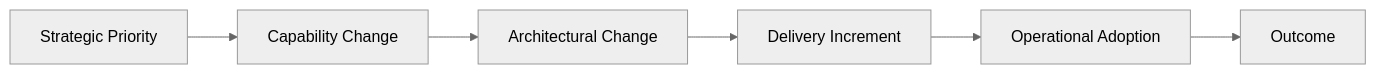
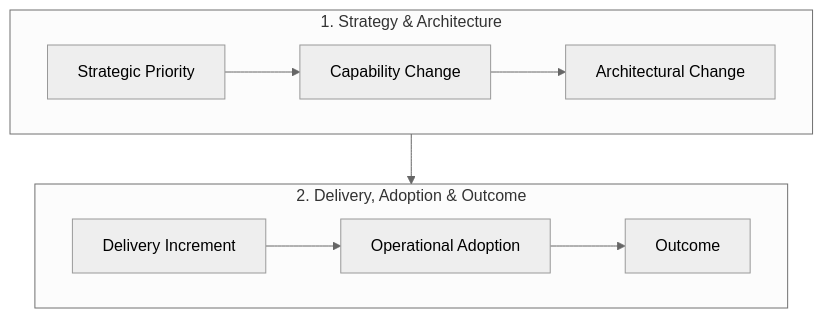
One commit to avfranco-br/portfolio changed the seventh of 11 diagrams in docs/sop/04-delivery-enablement.md. Above: the diagram before and after it, drawn with Mermaid (neutral theme). The commit also changed other lines of this file and 10 other files, not shown here.

Commit message:
Refactor Mermaid diagrams across SOP and methods documentation for legibility

````diff
--- a/docs/sop/04-delivery-enablement.md
+++ b/docs/sop/04-delivery-enablement.md
@@ -930,10 +931,14 @@
 ```mermaid
-flowchart LR
-    A["Strategic Priority"]
-    B["Capability Change"]
-    C["Architectural Change"]
-    D["Delivery Increment"]
-    E["Operational Adoption"]
-    F["Outcome"]
-    A --> B --> C --> D --> E --> F
+flowchart TD
+    subgraph Strat_Arch["1. Strategy & Architecture"]
+        direction LR
+        A["Strategic Priority"] --> B["Capability Change"] --> C["Architectural Change"]
+    end
+
+    subgraph Deliv_Value["2. Delivery, Adoption & Outcome"]
+        direction LR
+        D["Delivery Increment"] --> E["Operational Adoption"] --> F["Outcome"]
+    end
+
+    C --> D
 ```
````
